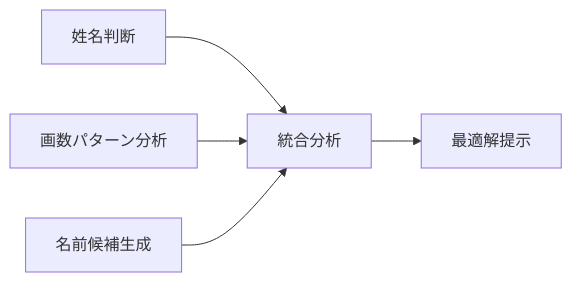
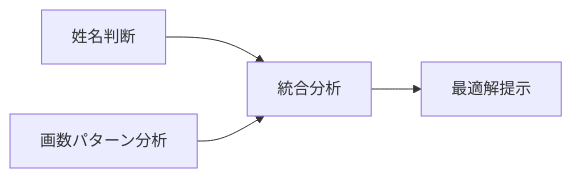
One commit to santa928/nameFortuneJp changed the diagram in docs/要件定義書.md. Above: the diagram before and after it, drawn with Mermaid. The commit also changed other lines of this file and 19 other files, not shown here.

````diff
--- a/docs/要件定義書.md
+++ b/docs/要件定義書.md
@@ -23,7 +23,7 @@
 ```mermaid
 graph LR
     A[姓名判断] --> D[統合分析]
     B[画数パターン分析] --> D
-    C[名前候補生成] --> D
+ 
     D --> E[最適解提示]
 ```
````
